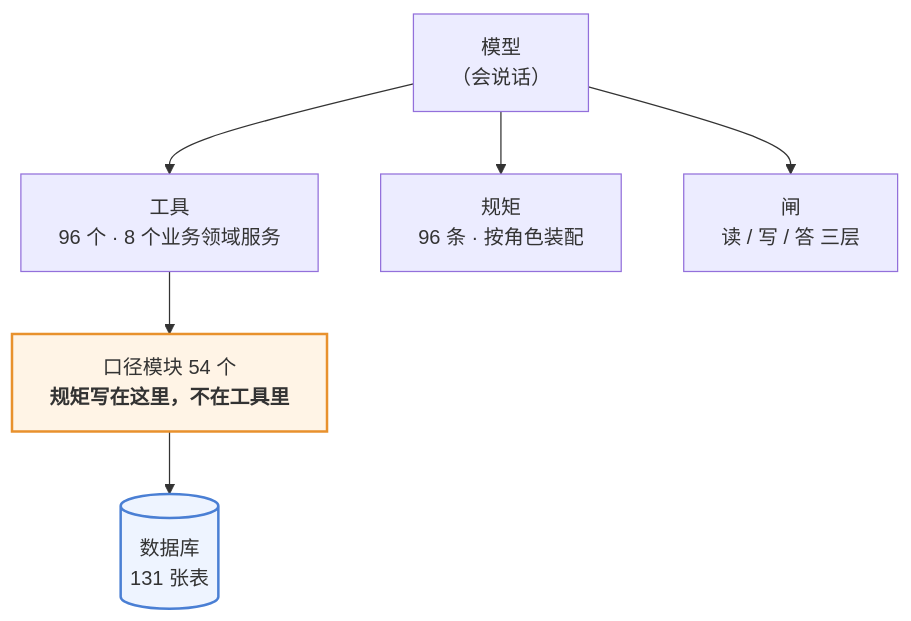
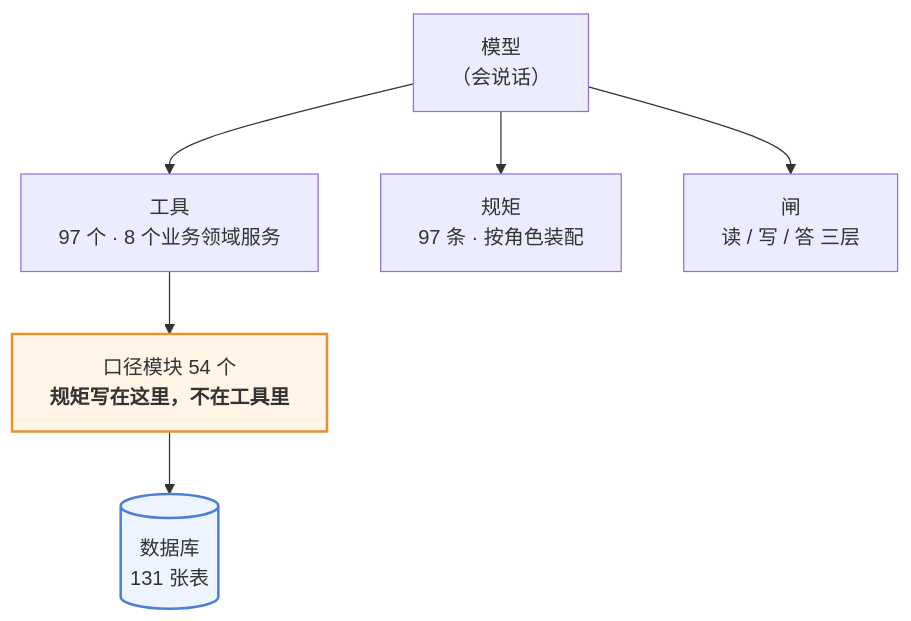
One commit to 843773296-rgb/lanxiu-yunshang-agent changed the first of 3 diagrams in 澜绣云裳agent-产品说明.md. Above: the diagram before and after it, drawn with Mermaid. The commit also changed other lines of this file and 18 other files, not shown here.

````diff
--- a/澜绣云裳agent-产品说明.md
+++ b/澜绣云裳agent-产品说明.md
@@ -62,12 +62,12 @@
 ```mermaid
 flowchart TD
     M["模型<br/>（会说话）"]
-    M --> T["工具<br/>96 个 · 8 个业务领域服务"]
-    M --> R["规矩<br/>96 条 · 按角色装配"]
+    M --> T["工具<br/>97 个 · 8 个业务领域服务"]
+    M --> R["规矩<br/>97 条 · 按角色装配"]
     M --> G["闸<br/>读 / 写 / 答 三层"]
     T --> K["口径模块 54 个<br/><b>规矩写在这里，不在工具里</b>"]
     K --> DB[("数据库<br/>131 张表")]
 
     style K fill:#fff4e6,stroke:#e8912d,stroke-width:2px
     style DB fill:#eef4ff,stroke:#4a7fd4,stroke-width:2px
 ```
````
